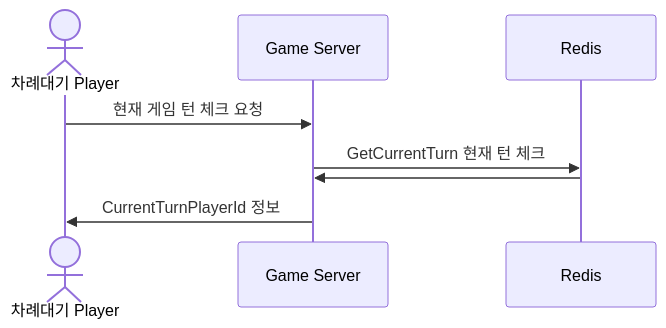
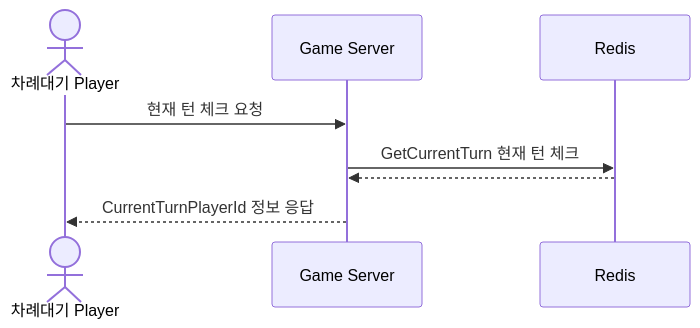
The third of 4 diagrams in SequenceDiagram/GamePlay.md (yujinS0/Omok-Game), drawn with Mermaid before and after one commit. The commit also changed other lines of this file, not shown here.

````diff
--- a/SequenceDiagram/GamePlay.md
+++ b/SequenceDiagram/GamePlay.md
@@ -63,12 +66,12 @@
 ```mermaid
 sequenceDiagram
 	actor P as 차례대기 Player
 	participant G as Game Server
   	participant R as Redis
 
-	P ->> G : 현재 게임 턴 체크 요청
+	P ->> G : 현재 턴 체크 요청
 	G ->> R : GetCurrentTurn 현재 턴 체크
-  	R ->> G : 
-  	G ->> P : CurrentTurnPlayerId 정보
+  	R -->> G : 
+  	G -->> P : CurrentTurnPlayerId 정보 응답
 
 ```
````
